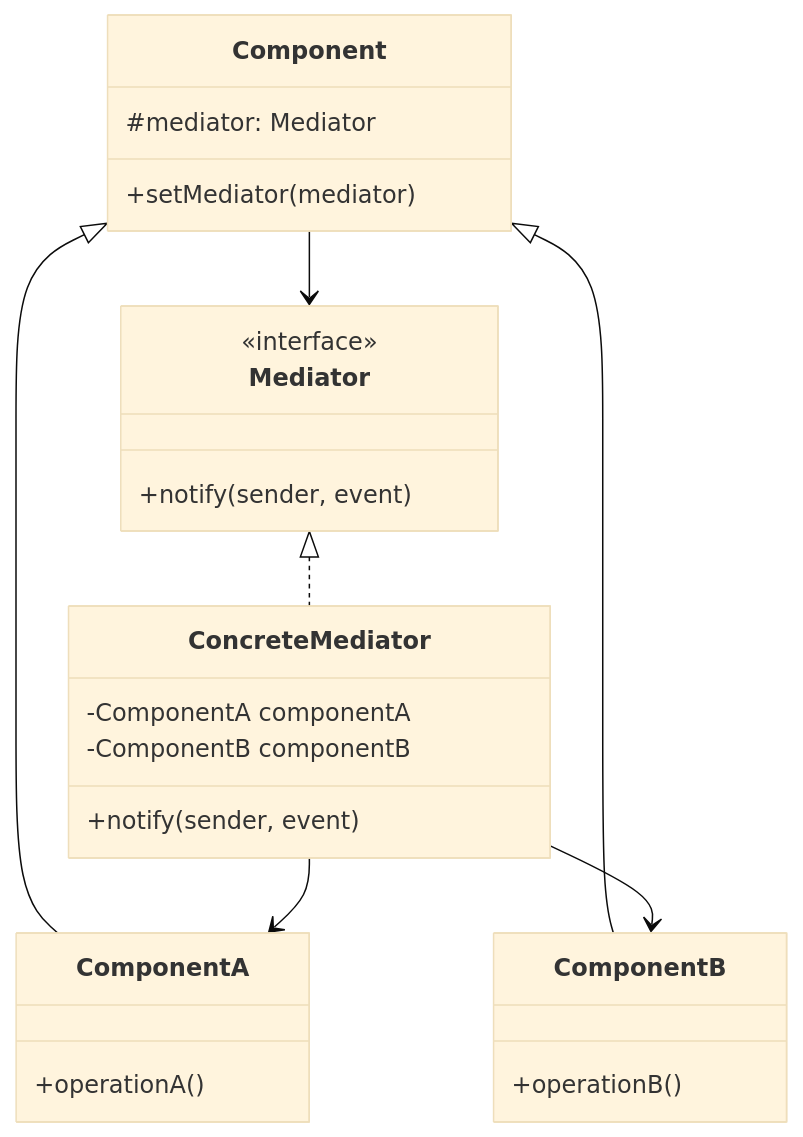
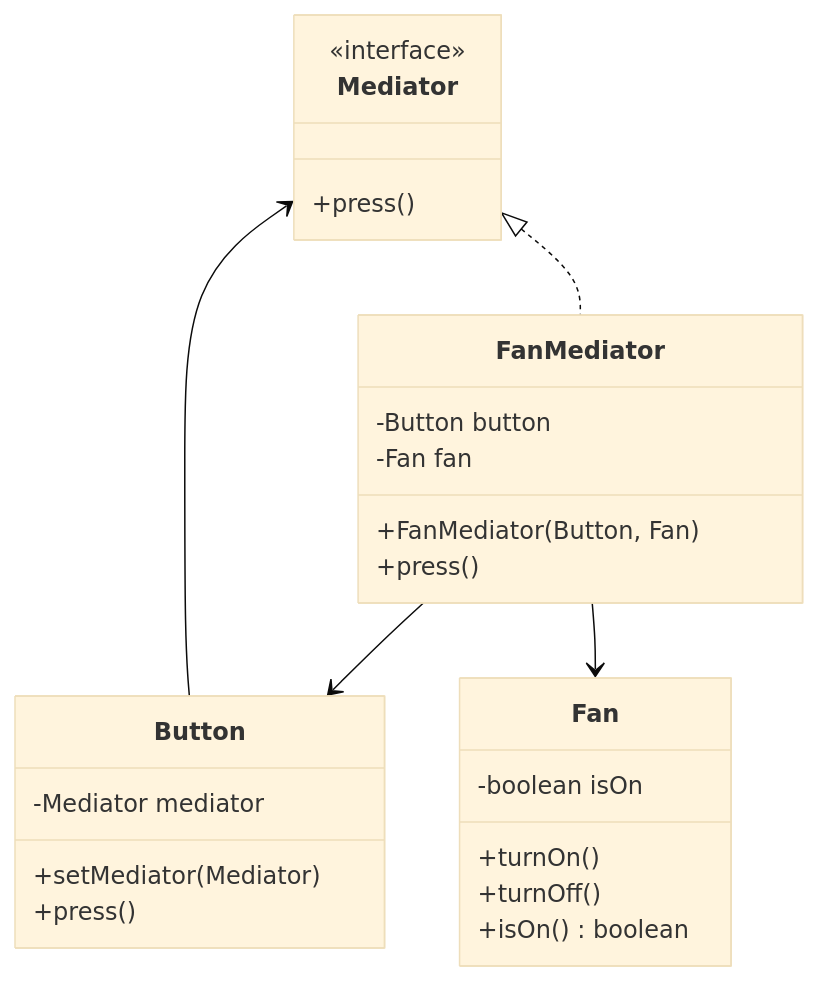
The diagram in README.md (leejojosepj/mediator-design-pattern), drawn with Mermaid (base theme) before and after one commit. The commit also changed other lines of this file, not shown here.

Commit message:
update package and readme

````diff
--- a/README.md
+++ b/README.md
@@ -13,33 +13,32 @@
 ```mermaid
 classDiagram
     class Mediator {
         <<interface>>
-        +notify(sender, event)
+        +press()
     }
 
-    class ConcreteMediator {
-        -ComponentA componentA
-        -ComponentB componentB
-        +notify(sender, event)
+    class FanMediator {
+        -Button button
+        -Fan fan
+        +FanMediator(Button, Fan)
+        +press()
     }
 
-    class Component {
-        #mediator: Mediator
-        +setMediator(mediator)
+    class Button {
+        -Mediator mediator
+        +setMediator(Mediator)
+        +press()
     }
 
-    class ComponentA {
-        +operationA()
+    class Fan {
+        -boolean isOn
+        +turnOn()
+        +turnOff()
+        +isOn() boolean
     }
 
-    class ComponentB {
-        +operationB()
-    }
-
-    Mediator <|.. ConcreteMediator
-    Component <|-- ComponentA
-    Component <|-- ComponentB
-    Component --> Mediator
-    ConcreteMediator --> ComponentA
-    ConcreteMediator --> ComponentB
+    Mediator <|.. FanMediator
+    Button --> Mediator
+    FanMediator --> Button
+    FanMediator --> Fan
 ```
````
